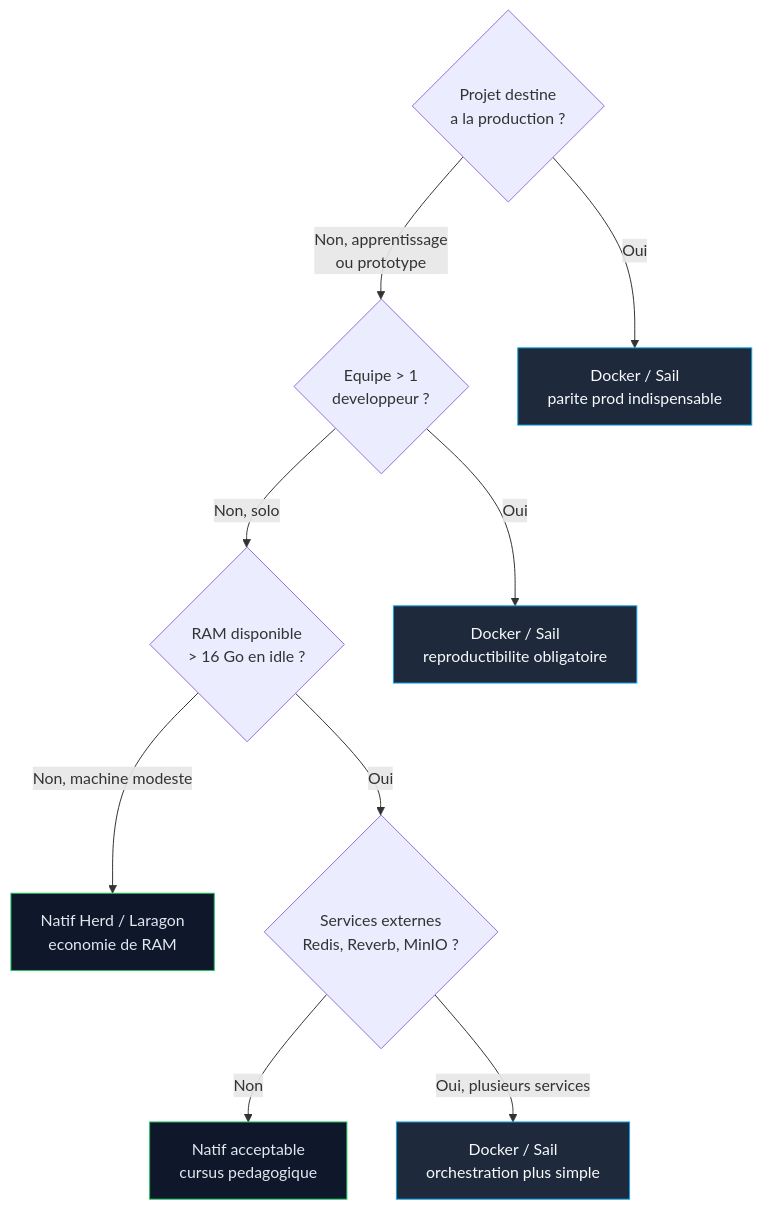
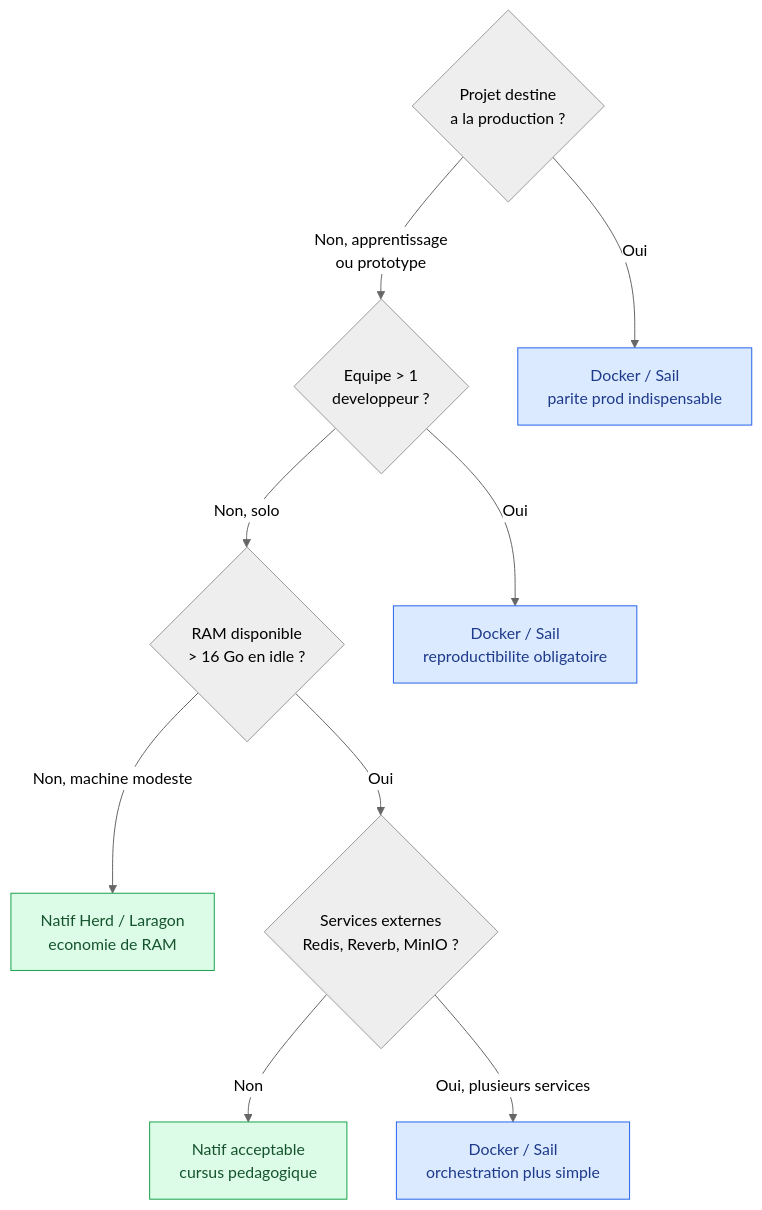
The fourth of 4 diagrams in docs/dev-cloud/frameworks/laravel/chapitre-00/04-laravel-sans-docker.md (zyrass/omnydocs), drawn with Mermaid before and after one commit. The commit also changed other lines of this file and 14 other files, not shown here.

````diff
--- a/docs/dev-cloud/frameworks/laravel/chapitre-00/04-laravel-sans-docker.md
+++ b/docs/dev-cloud/frameworks/laravel/chapitre-00/04-laravel-sans-docker.md
@@ -306,24 +309,25 @@
 ```mermaid
+%%{init: {'theme':'neutral'}}%%
 flowchart TB
     Q1{Projet destine<br/>a la production ?}
     Q1 -->|Non, apprentissage<br/>ou prototype| Q2
     Q1 -->|Oui| DOCKER1[Docker / Sail<br/>parite prod indispensable]
 
     Q2{Equipe > 1<br/>developpeur ?}
     Q2 -->|Non, solo| Q3
     Q2 -->|Oui| DOCKER2[Docker / Sail<br/>reproductibilite obligatoire]
 
     Q3{RAM disponible<br/>> 16 Go en idle ?}
     Q3 -->|Non, machine modeste| NATIF1[Natif Herd / Laragon<br/>economie de RAM]
     Q3 -->|Oui| Q4
 
     Q4{Services externes<br/>Redis, Reverb, MinIO ?}
     Q4 -->|Non| NATIF2[Natif acceptable<br/>cursus pedagogique]
     Q4 -->|Oui, plusieurs services| DOCKER3[Docker / Sail<br/>orchestration plus simple]
 
-    style DOCKER1 fill:#1e293b,stroke:#0ea5e9,color:#f8fafc
-    style DOCKER2 fill:#1e293b,stroke:#0ea5e9,color:#f8fafc
-    style DOCKER3 fill:#1e293b,stroke:#0ea5e9,color:#f8fafc
-    style NATIF1 fill:#0f172a,stroke:#22c55e,color:#e2e8f0
-    style NATIF2 fill:#0f172a,stroke:#22c55e,color:#e2e8f0
+    style DOCKER1 fill:#dbeafe,stroke:#2563eb,color:#1e3a8a
+    style DOCKER2 fill:#dbeafe,stroke:#2563eb,color:#1e3a8a
+    style DOCKER3 fill:#dbeafe,stroke:#2563eb,color:#1e3a8a
+    style NATIF1 fill:#dcfce7,stroke:#16a34a,color:#14532d
+    style NATIF2 fill:#dcfce7,stroke:#16a34a,color:#14532d
 ```
````
